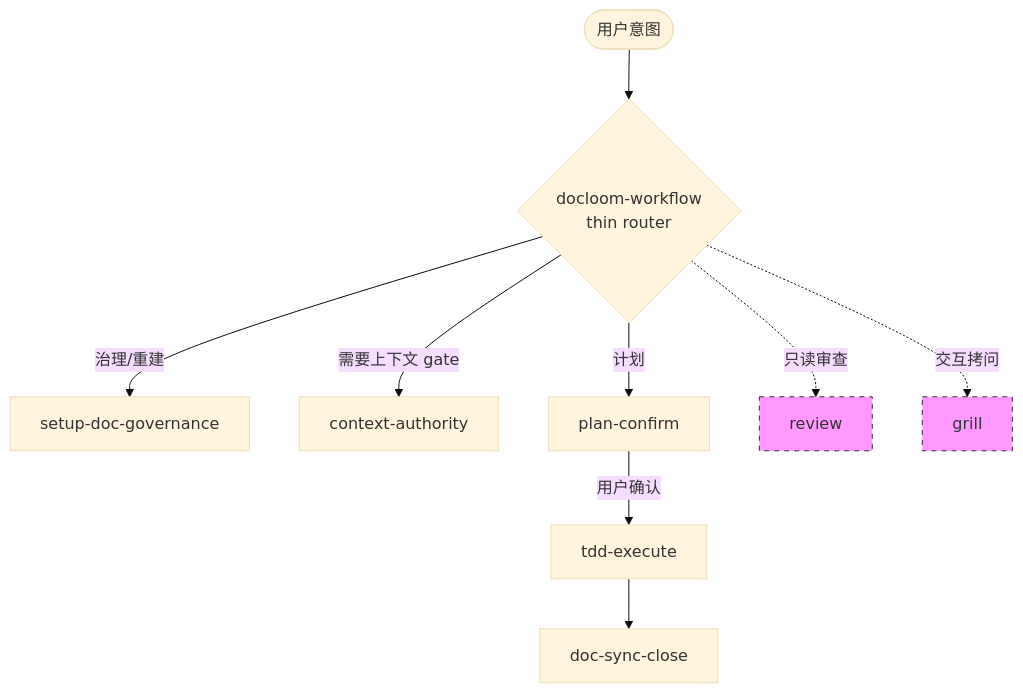
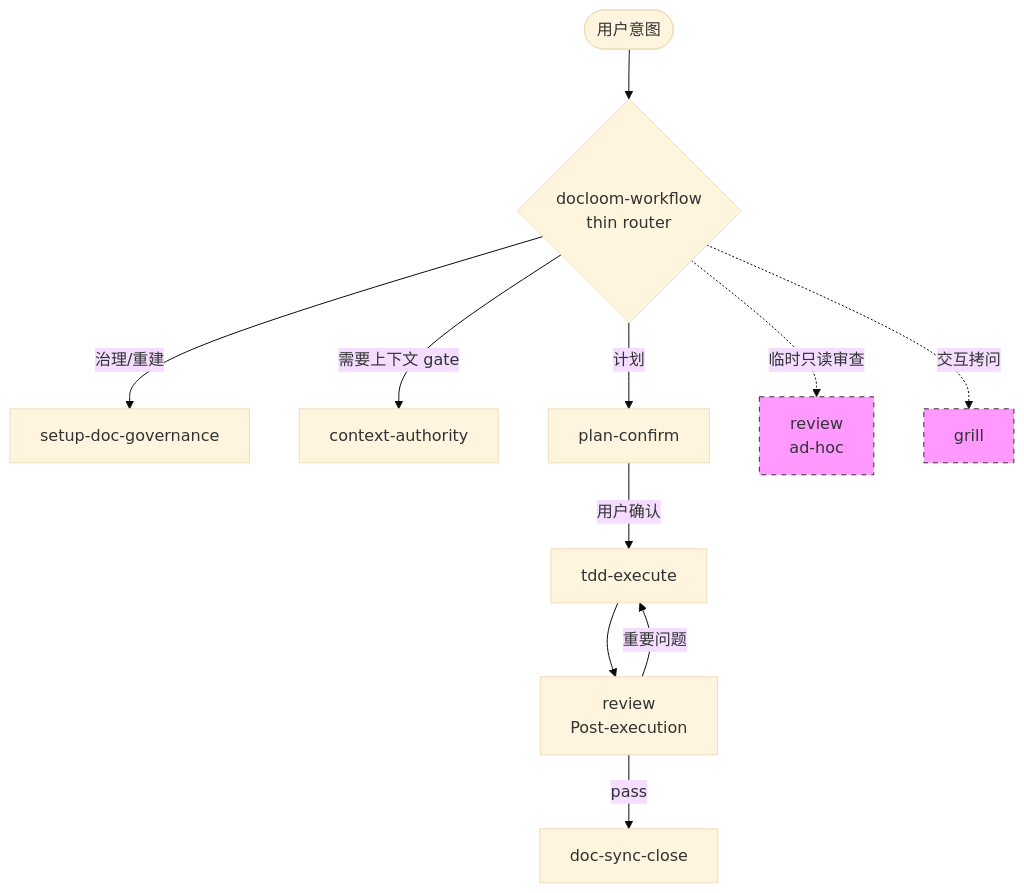
One commit to yomij/doc-loom-least changed the second of 5 diagrams in docs/share/workflow-and-design.md. Above: the diagram before and after it, drawn with Mermaid (base theme). The commit also changed other lines of this file and 7 other files, not shown here.

First line of the commit message:
docs: document post-execution review workflow

````diff
--- a/docs/share/workflow-and-design.md
+++ b/docs/share/workflow-and-design.md
@@ -124,14 +124,16 @@
 ```mermaid
 flowchart TD
     User([用户意图]) --> Entry{docloom-workflow<br/>thin router}
     Entry -->|治理/重建| GOV[setup-doc-governance]
     Entry -->|需要上下文 gate| CTX[context-authority]
     Entry -->|计划| PLAN[plan-confirm]
     PLAN -->|用户确认| TDD[tdd-execute]
-    TDD --> CLOSE[doc-sync-close]
-    Entry -.只读审查.-> REV[review]
+    TDD --> POST[review<br/>Post-execution]
+    POST -->|pass| CLOSE[doc-sync-close]
+    POST -->|重要问题| TDD
+    Entry -.临时只读审查.-> ADHOC[review<br/>ad-hoc]
     Entry -.交互拷问.-> GRILL[grill]
 
     classDef manual stroke-dasharray: 5 5,fill:#f9f,stroke:#333
-    class REV,GRILL manual
+    class ADHOC,GRILL manual
 ```
````
